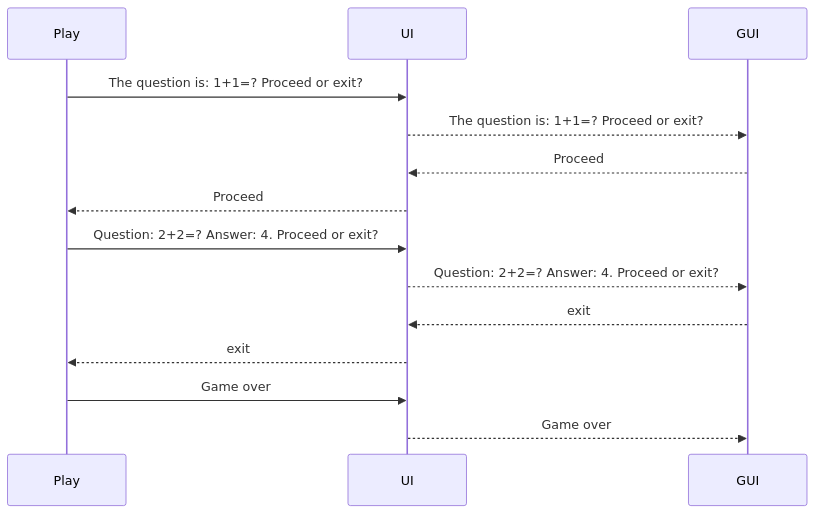
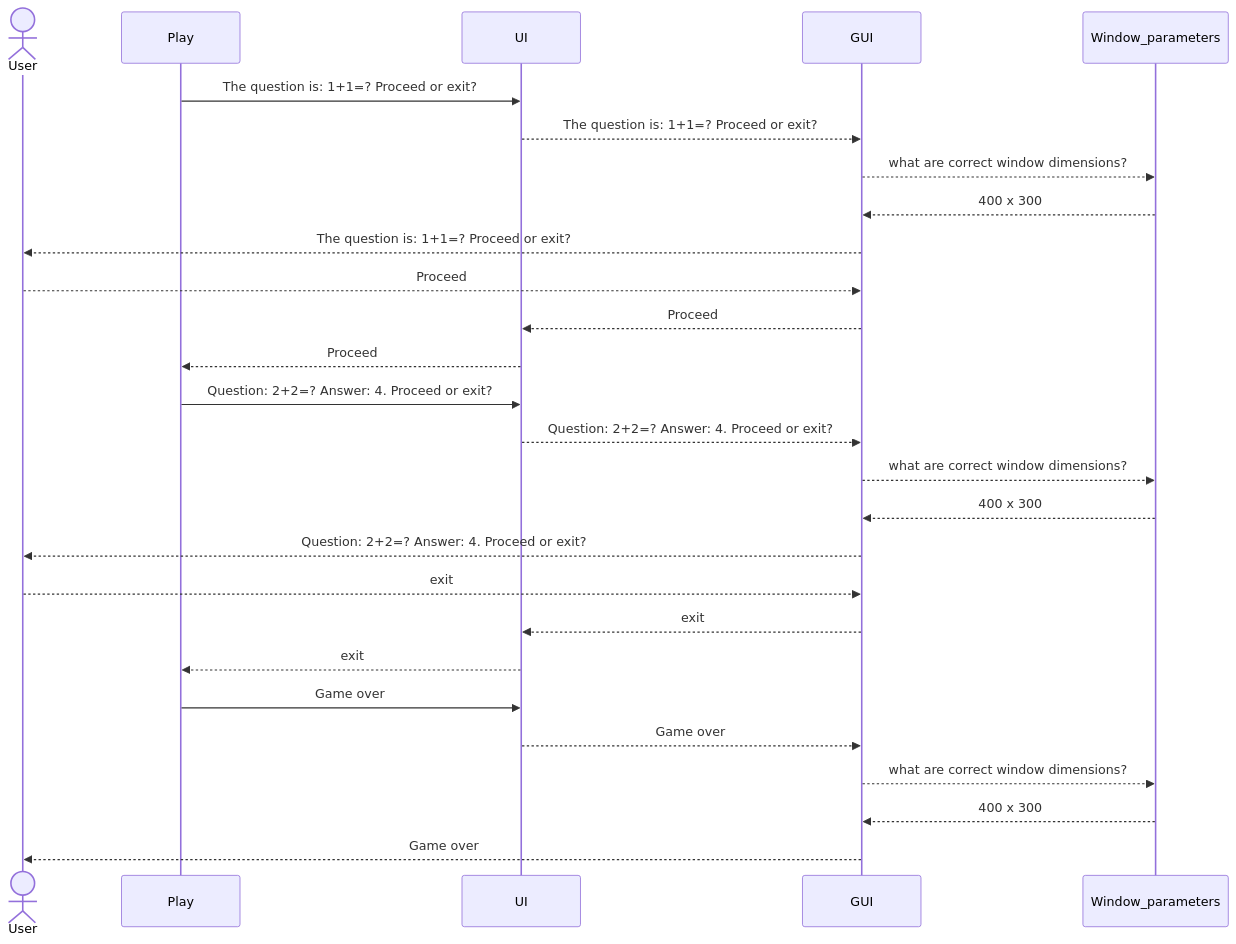
One commit to platipus82/ot-harjoitustyo changed the third of 3 diagrams in dokumentaatio/arkkitehtuuri.MD. Above: the diagram before and after it, drawn with Mermaid.

````diff
--- a/dokumentaatio/arkkitehtuuri.MD
+++ b/dokumentaatio/arkkitehtuuri.MD
@@ -97,13 +97,25 @@
 ```mermaid
 sequenceDiagram
+    actor User
     Play->>UI: The question is: 1+1=? Proceed or exit?
     UI-->>GUI: The question is: 1+1=? Proceed or exit?
+    GUI-->>Window_parameters: what are correct window dimensions?
+    Window_parameters-->> GUI: 400 x 300
+    GUI-->>User: The question is: 1+1=? Proceed or exit?
+    User-->>GUI: Proceed
     GUI-->>UI: Proceed
     UI-->>Play: Proceed
     Play->>UI: Question: 2+2=? Answer: 4.  Proceed or exit?
     UI-->>GUI: Question: 2+2=? Answer: 4.  Proceed or exit?
+    GUI-->>Window_parameters: what are correct window dimensions?
+    Window_parameters-->> GUI: 400 x 300
+    GUI-->>User: Question: 2+2=? Answer: 4.  Proceed or exit?
+    User-->>GUI: exit
     GUI-->>UI: exit
     UI-->>Play: exit
     Play->>UI: Game over
     UI-->>GUI: Game over
+    GUI-->>Window_parameters: what are correct window dimensions?
+    Window_parameters-->> GUI: 400 x 300
+    GUI-->>User: Game over
 ```    
````
